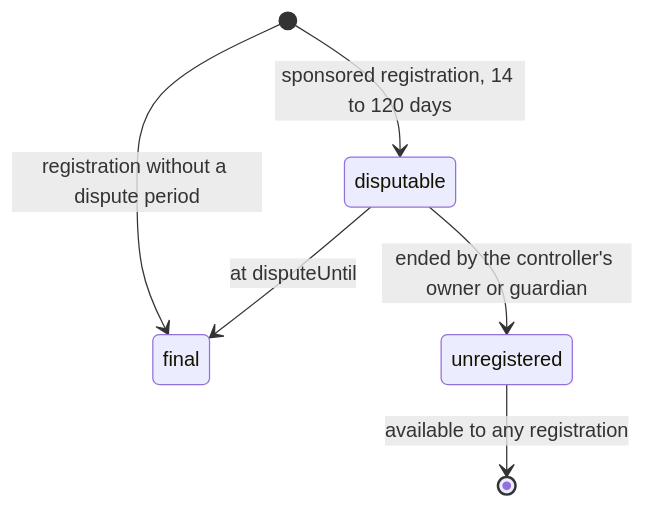
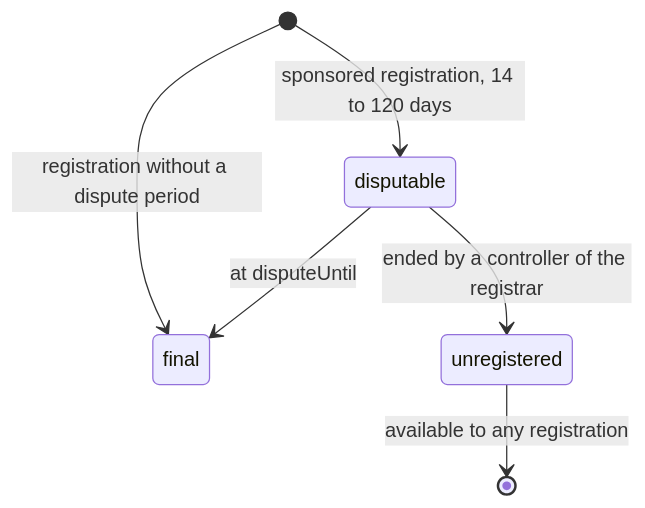
The first of 2 diagrams in plans/2026-11-20-names-dispute-period.md (simplex-chat/simplexmq), drawn with Mermaid before and after one commit. The commit also changed other lines of this file, not shown here.

````diff
--- a/plans/2026-11-20-names-dispute-period.md
+++ b/plans/2026-11-20-names-dispute-period.md
@@ -35,8 +35,8 @@
 ```mermaid
 stateDiagram-v2
   [*] --> disputable: sponsored registration, 14 to 120 days
   [*] --> final: registration without a dispute period
   disputable --> final: at disputeUntil
-  disputable --> unregistered: ended by the controller's owner or guardian
+  disputable --> unregistered: ended by a controller of the registrar
   unregistered --> [*]: available to any registration
 ```
````
